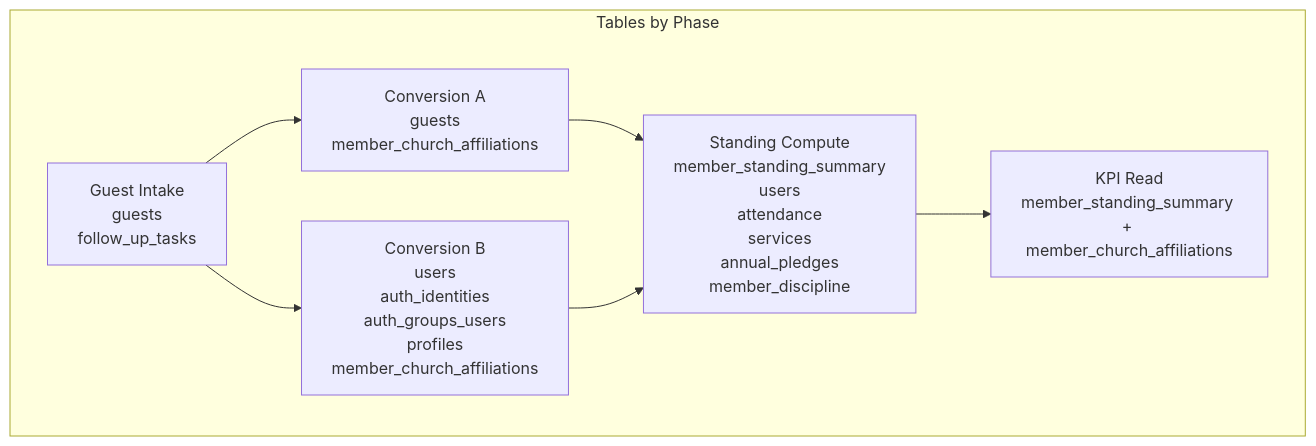
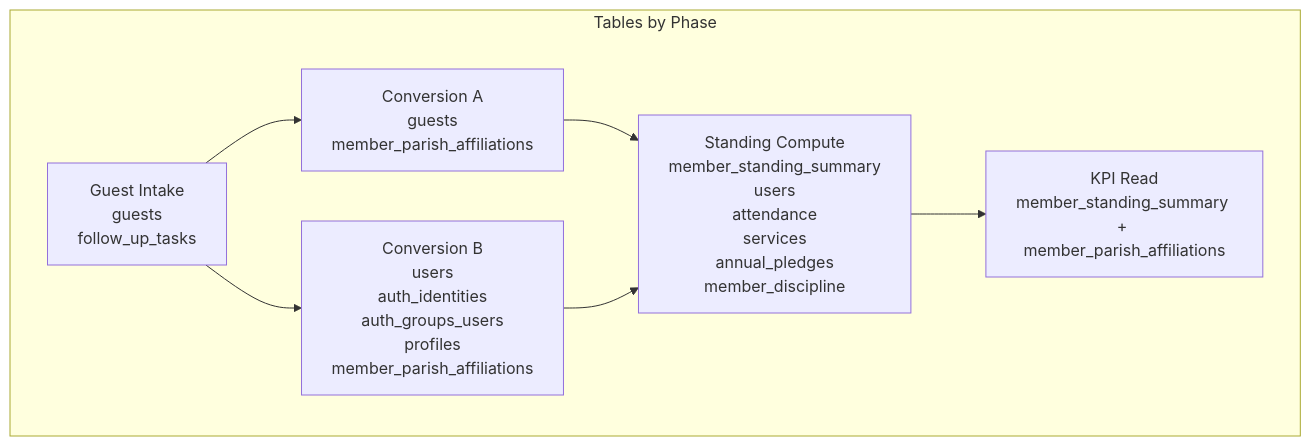
The sixth of 8 diagrams in docs/GUEST_REGISTRATION_TO_GOOD_STANDING_DIAGRAMS_2026-04-11.md (ekklesiaonline/ekklesiaONLINE), drawn with Mermaid before and after one commit. The commit also changed other lines of this file and 266 other files, not shown here.

First line of the commit message:
Project-wide terminology migration: church -> parish

````diff
--- a/docs/GUEST_REGISTRATION_TO_GOOD_STANDING_DIAGRAMS_2026-04-11.md
+++ b/docs/GUEST_REGISTRATION_TO_GOOD_STANDING_DIAGRAMS_2026-04-11.md
@@ -98,16 +98,16 @@
 ```mermaid
 flowchart TB
     subgraph Tables by Phase
         T1[Guest Intake\nguests\nfollow_up_tasks]
-        T2[Conversion A\nguests\nmember_church_affiliations]
-        T3[Conversion B\nusers\nauth_identities\nauth_groups_users\nprofiles\nmember_church_affiliations]
+        T2[Conversion A\nguests\nmember_parish_affiliations]
+        T3[Conversion B\nusers\nauth_identities\nauth_groups_users\nprofiles\nmember_parish_affiliations]
         T4[Standing Compute\nmember_standing_summary\nusers\nattendance\nservices\nannual_pledges\nmember_discipline]
-        T5[KPI Read\nmember_standing_summary + member_church_affiliations]
+        T5[KPI Read\nmember_standing_summary + member_parish_affiliations]
     end
 
     T1 --> T2
     T1 --> T3
     T2 --> T4
     T3 --> T4
     T4 --> T5
 ```
````
